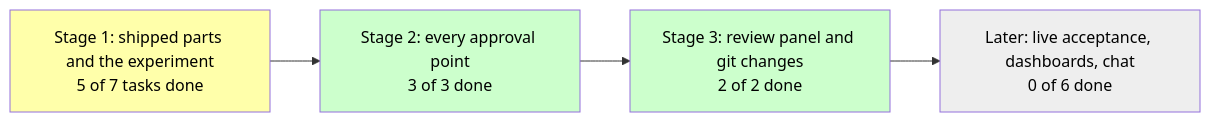
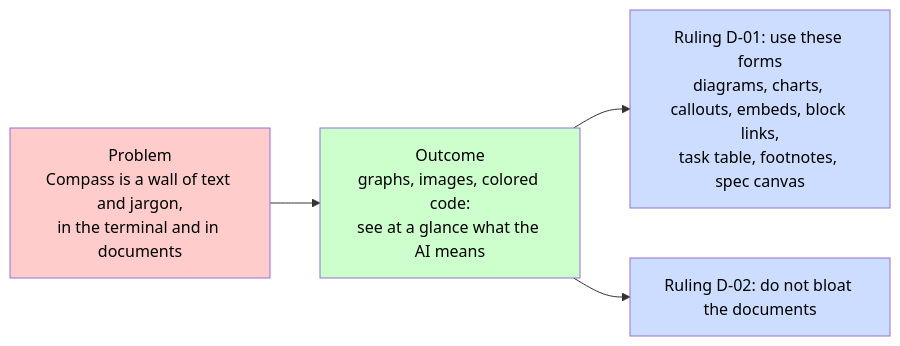
One commit to hodor/claude-compass changed the first of 4 diagrams in .compass/research/human-surface/RESEARCH-visual-documents-mockup.md. Above: the diagram before and after it, drawn with Mermaid. The commit also changed other lines of this file and 1 other file, not shown here.

````diff
--- a/.compass/research/human-surface/RESEARCH-visual-documents-mockup.md
+++ b/.compass/research/human-surface/RESEARCH-visual-documents-mockup.md
@@ -103,9 +36,9 @@
 ```mermaid
 flowchart LR
-  S1["Stage 1: shipped parts and the experiment<br/>5 of 7 tasks done"]:::partial --> S2["Stage 2: every approval point<br/>3 of 3 done"]:::done
-  S2 --> S3["Stage 3: review panel and git changes<br/>2 of 2 done"]:::done
-  S3 --> L["Later: live acceptance, dashboards, chat<br/>0 of 6 done"]:::open
-  classDef done fill:#cfc,color:#000
-  classDef partial fill:#ffa,color:#000
-  classDef open fill:#eee,color:#000
+  P["Problem<br/>Compass is a wall of text and jargon,<br/>in the terminal and in documents"]:::need --> O["Outcome<br/>graphs, images, colored code:<br/>see at a glance what the AI means"]:::goal
+  O --> D1["Ruling D-01: use these forms<br/>diagrams, charts, callouts, embeds, block links,<br/>task table, footnotes, spec canvas"]:::rule
+  O --> D2["Ruling D-02: do not bloat the documents"]:::rule
+  classDef need fill:#fcc,color:#000
+  classDef goal fill:#cfc,color:#000
+  classDef rule fill:#cdf,color:#000
 ```
````
